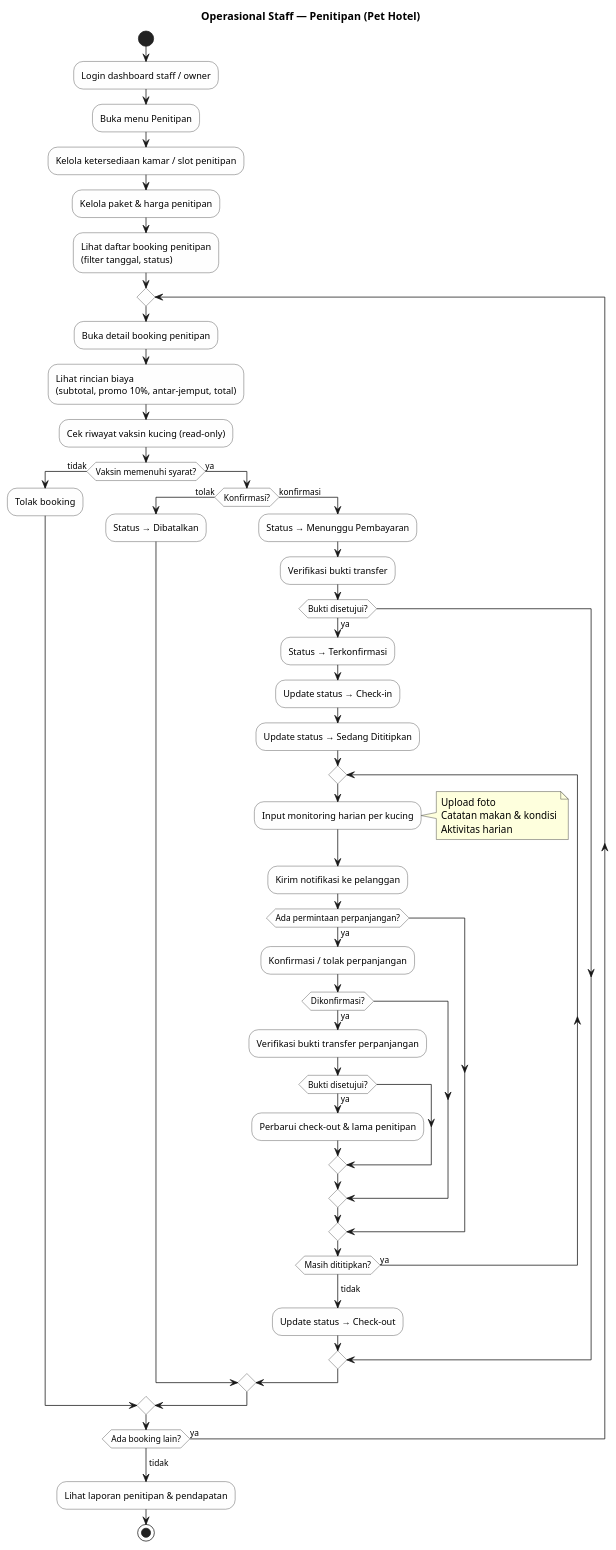
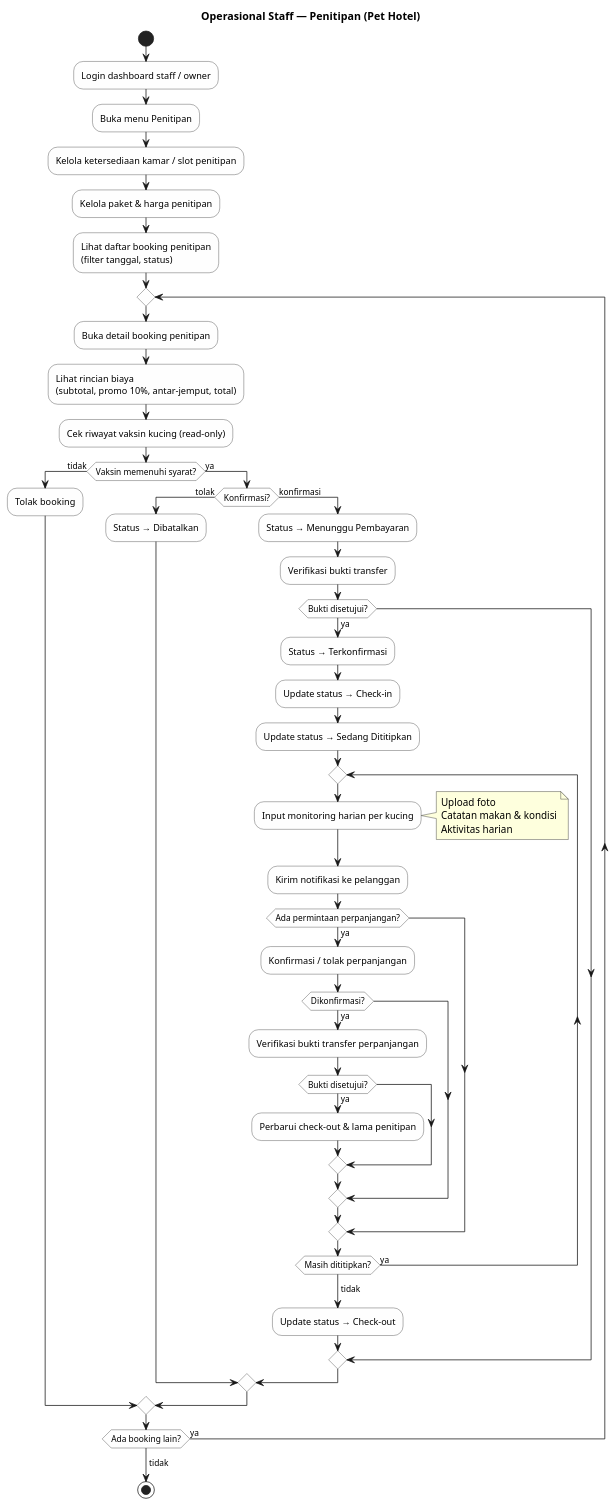
The ninth of 12 diagrams in diagrams/activity/activity-diagram.md (nonamebkz/pet-hotel), drawn with PlantUML before and after one commit. The commit also changed other lines of this file and 10 other files, not shown here.

````diff
--- a/diagrams/activity/activity-diagram.md
+++ b/diagrams/activity/activity-diagram.md
@@ -628,69 +619,67 @@
 ```plantuml
 @startuml activity-penitipan-staff
 skinparam activity {
   BackgroundColor #FEFEFE
   BorderColor #333333
 }
 
 title Operasional Staff — Penitipan (Pet Hotel)
 
 |Staff / Owner|
 start
 :Login dashboard staff / owner;
 :Buka menu Penitipan;
 
 :Kelola ketersediaan kamar / slot penitipan;
 :Kelola paket & harga penitipan;
 :Lihat daftar booking penitipan\n(filter tanggal, status);
 
 repeat
   :Buka detail booking penitipan;
   :Lihat rincian biaya\n(subtotal, promo 10%, antar-jemput, total);
   :Cek riwayat vaksin kucing (read-only);
 
   if (Vaksin memenuhi syarat?) then (tidak)
     :Tolak booking;
   else (ya)
     if (Konfirmasi?) then (tolak)
       :Status → Dibatalkan;
     else (konfirmasi)
       :Status → Menunggu Pembayaran;
       :Verifikasi bukti transfer;
       if (Bukti disetujui?) then (ya)
         :Status → Terkonfirmasi;
         :Update status → Check-in;
         :Update status → Sedang Dititipkan;
 
         repeat
           :Input monitoring harian per kucing;
           note right
             Upload foto
             Catatan makan & kondisi
             Aktivitas harian
           end note
           :Kirim notifikasi ke pelanggan;
 
           if (Ada permintaan perpanjangan?) then (ya)
             :Konfirmasi / tolak perpanjangan;
             if (Dikonfirmasi?) then (ya)
               :Verifikasi bukti transfer perpanjangan;
               if (Bukti disetujui?) then (ya)
                 :Perbarui check-out & lama penitipan;
               endif
             endif
           endif
         repeat while (Masih dititipkan?) is (ya)
         ->tidak;
 
         :Update status → Check-out;
       endif
     endif
   endif
 repeat while (Ada booking lain?) is (ya)
 ->tidak;
 
-:Lihat laporan penitipan & pendapatan;
-
 stop
 @enduml
 ```
````
